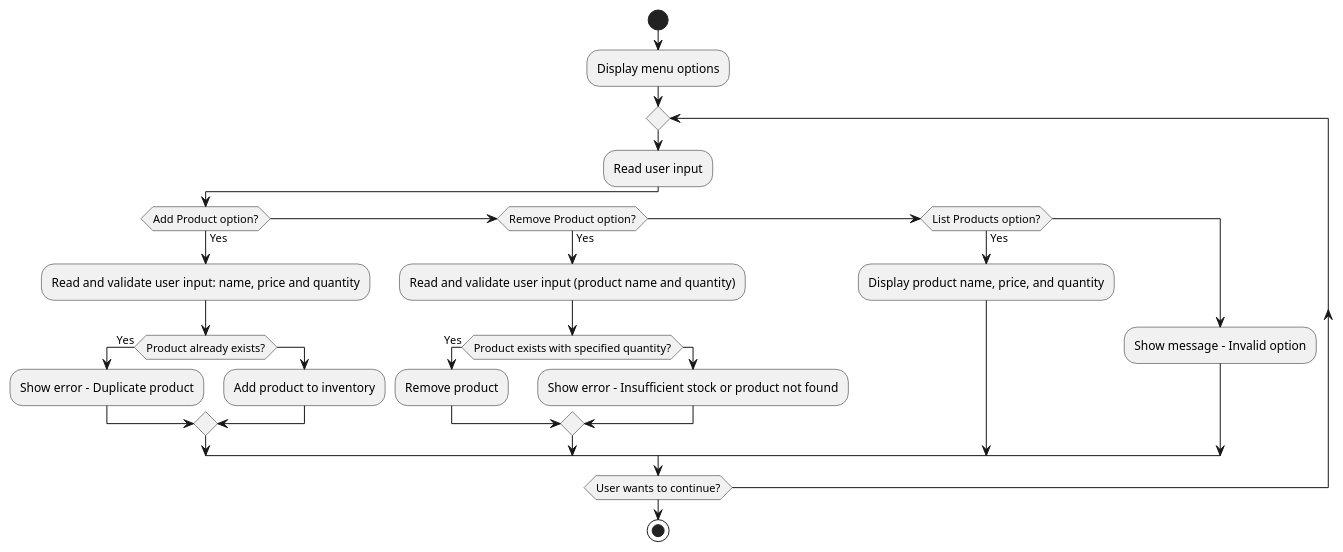
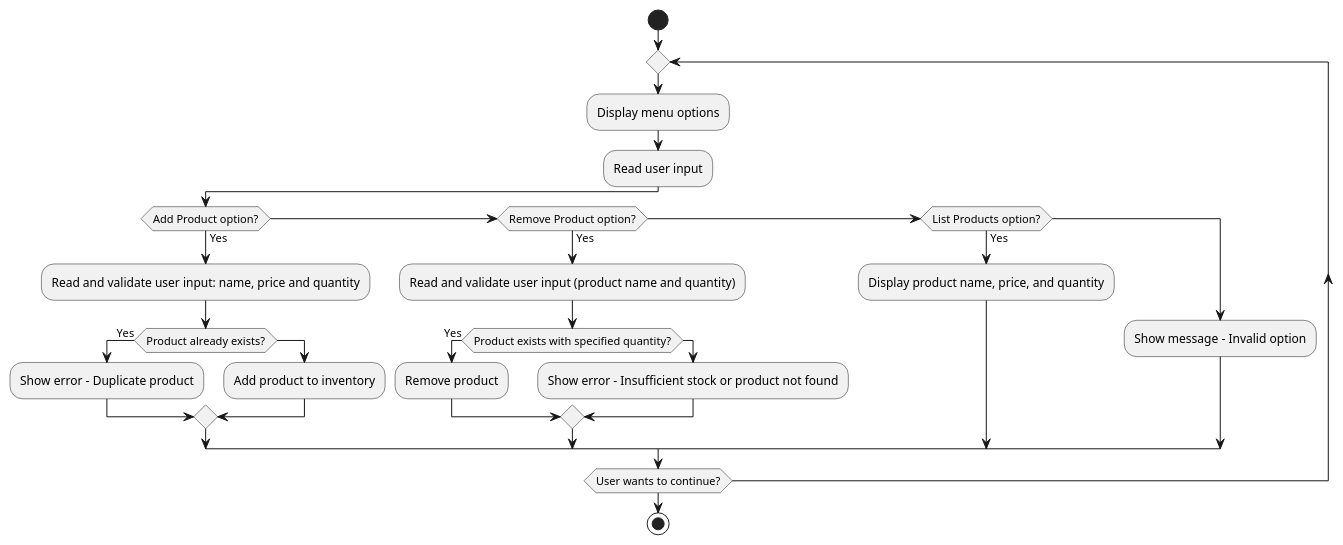
Before and after one commit to escutia55/Foundations_inventoryManagement: the diagram in docs/flowchart.puml, drawn with PlantUML. The commit also changed 2 other files, not shown here.

Commit message:
Fixed flowchart error

```diff
--- a/docs/flowchart.puml
+++ b/docs/flowchart.puml
@@ -1,30 +1,29 @@
 @startuml
 start
-
+repeat
 :Display menu options;
-repeat
   :Read user input;
 
   if (Add Product option?) then (Yes)
     :Read and validate user input: name, price and quantity;
     if (Product already exists?) then (Yes)
       :Show error - Duplicate product;
     else
       :Add product to inventory;
     endif
   elseif (Remove Product option?) then (Yes)
     :Read and validate user input (product name and quantity);
     if (Product exists with specified quantity?) then (Yes)
       :Remove product;
     else
       :Show error - Insufficient stock or product not found;
     endif
   elseif (List Products option?) then (Yes)
     :Display product name, price, and quantity;
   else
     :Show message - Invalid option;
   endif
 
 repeat while (User wants to continue?)
 stop
 @enduml
```
